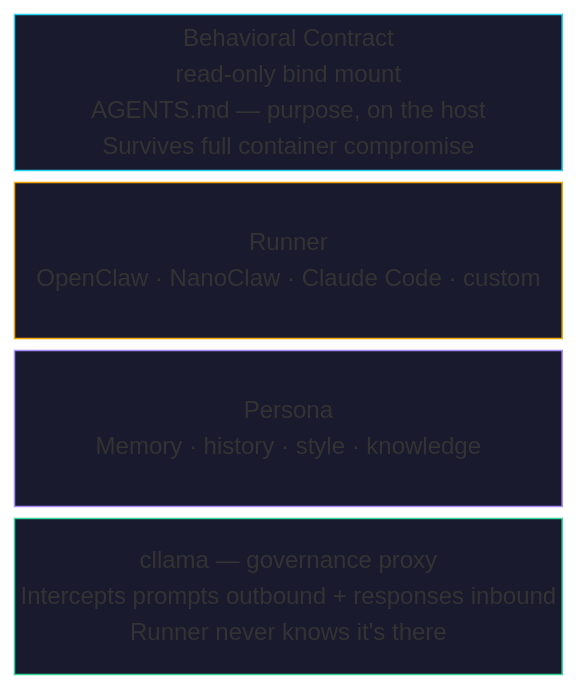
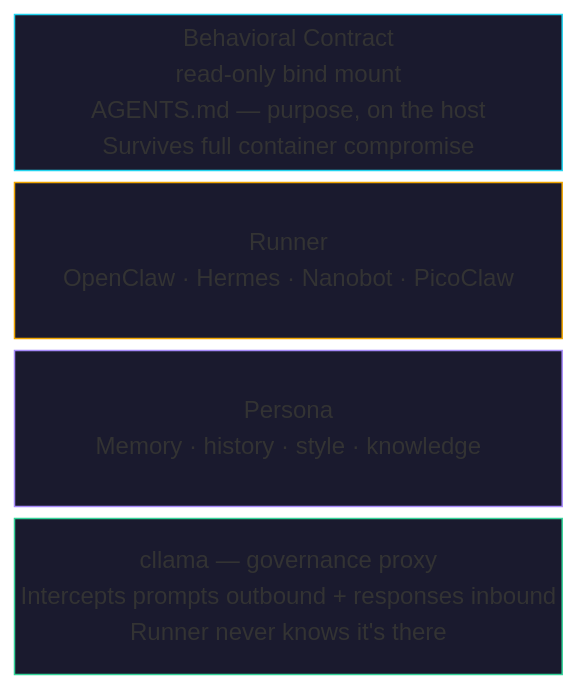
One commit to mostlydev/clawdapus changed the diagram in README.md. Above: the diagram before and after it, drawn with Mermaid. The commit also changed 23 other files, not shown here.

````diff
--- a/README.md
+++ b/README.md
@@ -352,13 +352,13 @@
 ```mermaid
 block-beta
   columns 1
   contract["Behavioral Contract\nread-only bind mount\nAGENTS.md — purpose, on the host\nSurvives full container compromise"]
-  runner["Runner\nOpenClaw · NanoClaw · Claude Code · custom"]
+  runner["Runner\nOpenClaw · Hermes · Nanobot · PicoClaw"]
   persona["Persona\nMemory · history · style · knowledge"]
   proxy["cllama — governance proxy\nIntercepts prompts outbound + responses inbound\nRunner never knows it's there"]
 
   style contract fill:#1a1a2e,stroke:#22d3ee,color:#eee
   style runner fill:#1a1a2e,stroke:#f0a500,color:#eee
   style persona fill:#1a1a2e,stroke:#a78bfa,color:#eee
   style proxy fill:#1a1a2e,stroke:#34d399,color:#eee
 ```
````
